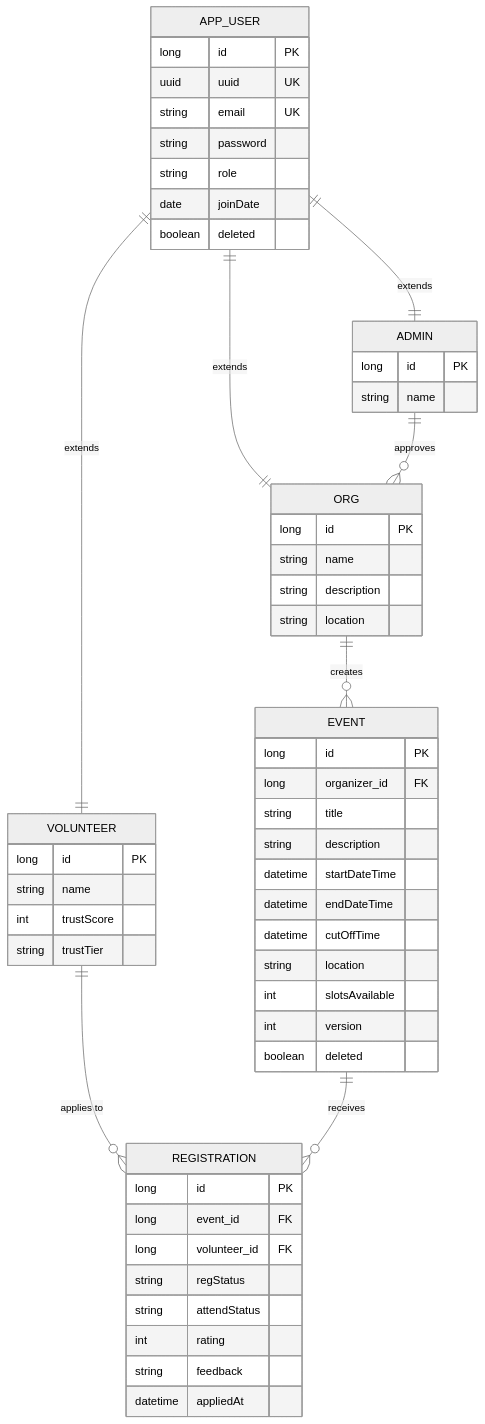
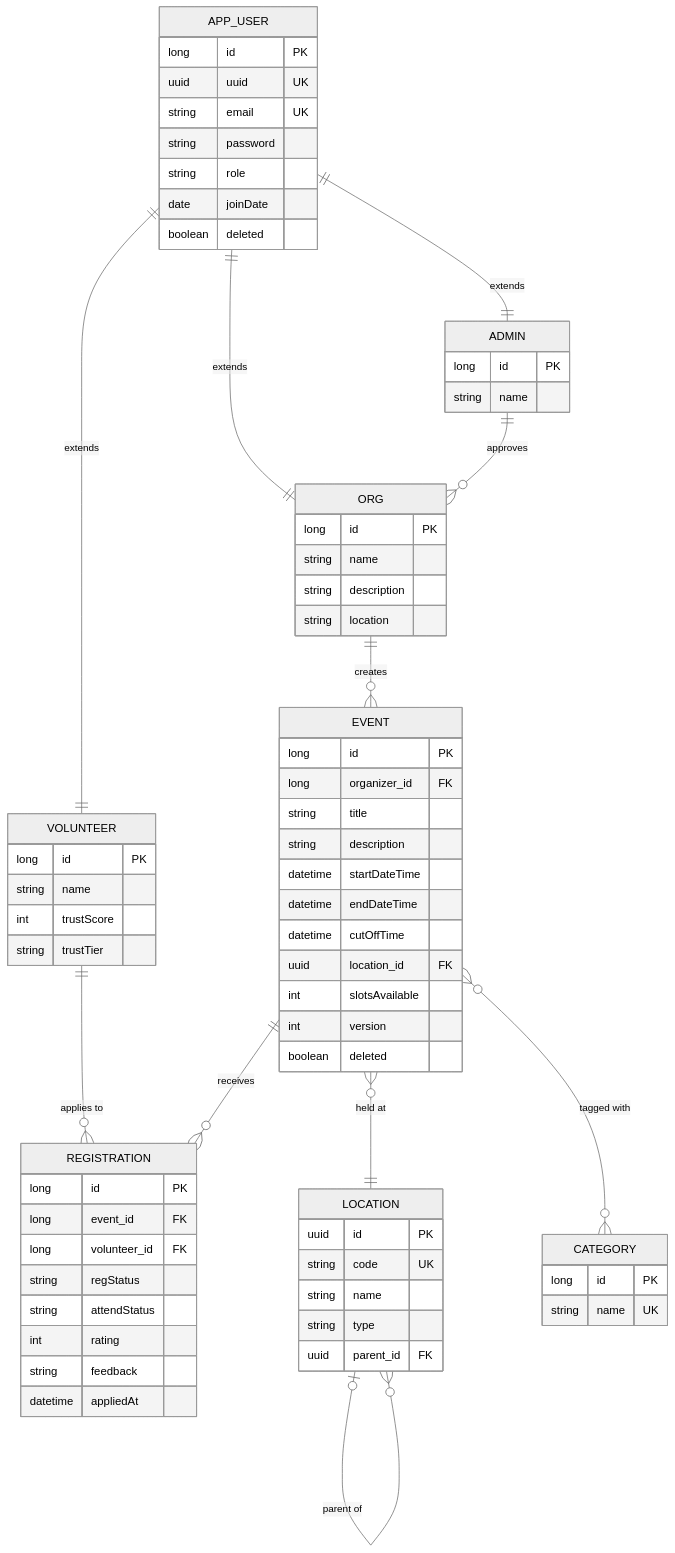
Before and after one commit to frnsjshh/TaraTulong: the third of 4 diagrams in readme.md, drawn with Mermaid (neutral theme). The commit also changed other lines of this file and 1 other file, not shown here.

Commit message:
Add `render.yaml` for Render deployment and update README with PSGC integration and event tagging details

````diff
--- a/readme.md
+++ b/readme.md
@@ -183,59 +237,73 @@
 ```mermaid
 erDiagram
     APP_USER ||--|| VOLUNTEER : extends
     APP_USER ||--|| ORG : extends
     APP_USER ||--|| ADMIN : extends
     ORG ||--o{ EVENT : creates
     VOLUNTEER ||--o{ REGISTRATION : "applies to"
     EVENT ||--o{ REGISTRATION : receives
     ADMIN ||--o{ ORG : approves
+    EVENT }o--|| LOCATION : "held at"
+    EVENT }o--o{ CATEGORY : "tagged with"
+    LOCATION |o--o{ LOCATION : "parent of"
 
     APP_USER {
         long id PK
         uuid uuid UK
         string email UK
         string password
         string role
         date joinDate
         boolean deleted
     }
     VOLUNTEER {
         long id PK
         string name
         int trustScore
         string trustTier
     }
     ORG {
         long id PK
         string name
         string description
         string location
     }
     ADMIN {
         long id PK
         string name
     }
     EVENT {
         long id PK
         long organizer_id FK
         string title
         string description
         datetime startDateTime
         datetime endDateTime
         datetime cutOffTime
-        string location
+        uuid location_id FK
         int slotsAvailable
         int version
         boolean deleted
     }
     REGISTRATION {
         long id PK
         long event_id FK
         long volunteer_id FK
         string regStatus
         string attendStatus
         int rating
         string feedback
         datetime appliedAt
     }
+    LOCATION {
+        uuid id PK
+        string code UK
+        string name
+        string type
+        uuid parent_id FK
+    }
+    CATEGORY {
+        long id PK
+        string name UK
+    }
 ```
````
